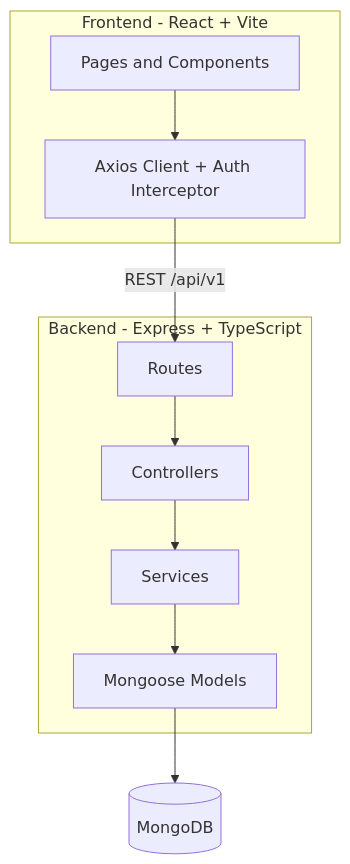
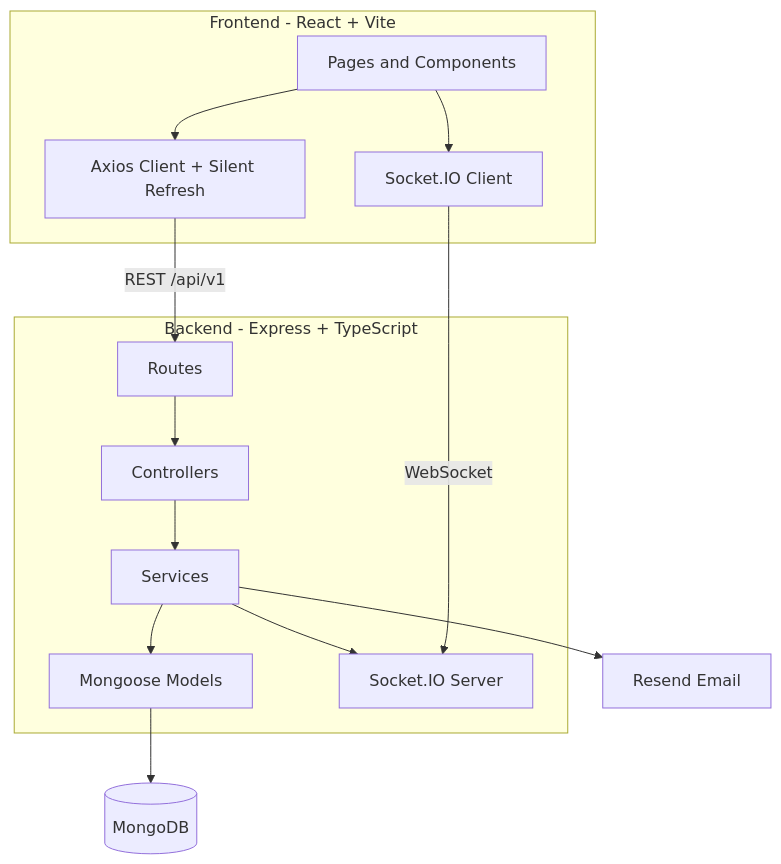
Before and after one commit to GameBle/not_paytm: the diagram in README.md, drawn with Mermaid. The commit also changed other lines of this file and 64 other files, not shown here.

First line of the commit message:
Add production features: refresh auth, ledger, notifications, and admin panel

````diff
--- a/README.md
+++ b/README.md
@@ -22,21 +25,28 @@
 ```mermaid
 flowchart TB
   subgraph frontend [Frontend - React + Vite]
     UI[Pages and Components]
-    API[Axios Client + Auth Interceptor]
+    API[Axios Client + Silent Refresh]
+    Socket[Socket.IO Client]
     UI --> API
+    UI --> Socket
   end
 
   subgraph backend [Backend - Express + TypeScript]
     Routes[Routes]
     Controllers[Controllers]
     Services[Services]
     Models[Mongoose Models]
+    IO[Socket.IO Server]
     Routes --> Controllers --> Services --> Models
+    Services --> IO
   end
 
   DB[(MongoDB)]
+  Mailer[Resend Email]
 
   API -->|REST /api/v1| Routes
+  Socket -->|WebSocket| IO
+  Services --> Mailer
   Models --> DB
 ```
````
